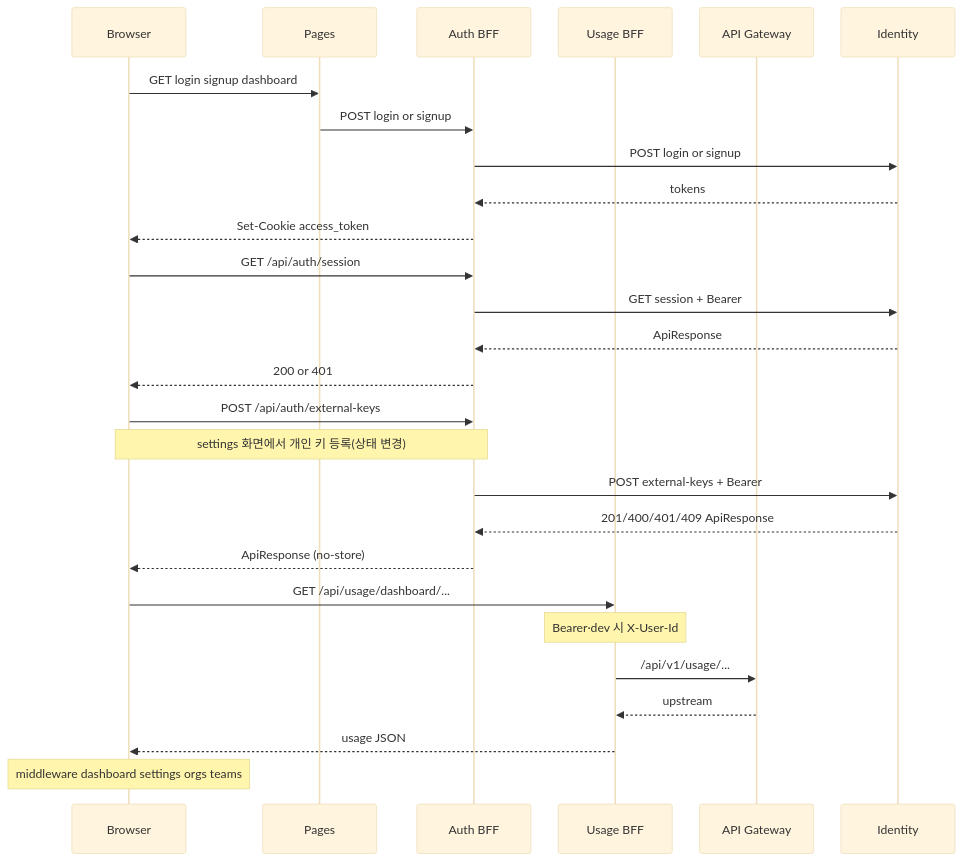
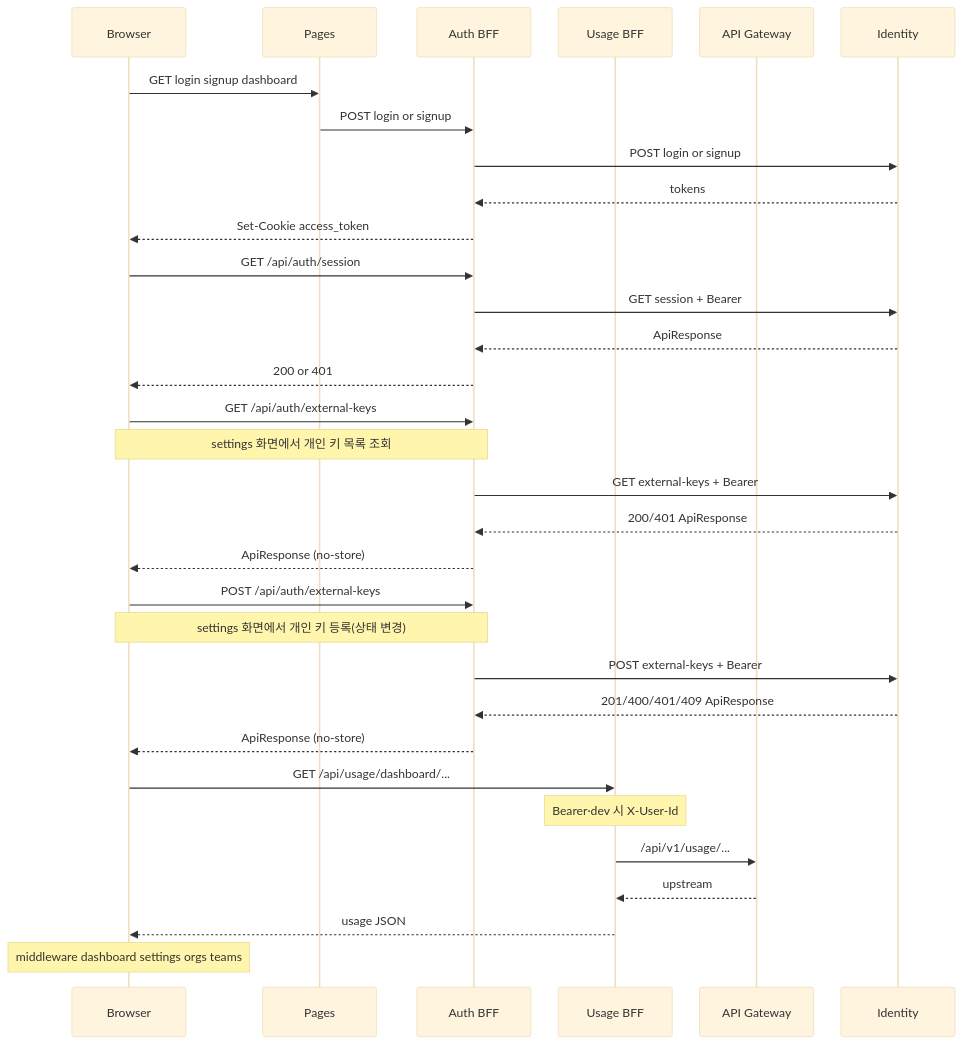
Before and after one commit to Zero-Bug-Freinds/ai-api-usage-monitor: the ninth of 11 diagrams in docs/c4-architecture-diagrams.md, drawn with Mermaid (base theme). The commit also changed other lines of this file and 5 other files, not shown here.

````diff
--- a/docs/c4-architecture-diagrams.md
+++ b/docs/c4-architecture-diagrams.md
@@ -386,35 +386,41 @@
 ```mermaid
 %%{init: {'sequence': {'actorMargin': 36, 'messageMargin': 18}}}%%
 sequenceDiagram
   participant B as Browser
   participant P as Pages
   participant H as Auth BFF
   participant U as Usage BFF
   participant GW as API Gateway
   participant I as Identity
 
   B->>P: GET login signup dashboard
   P->>H: POST login or signup
   H->>I: POST login or signup
   I-->>H: tokens
   H-->>B: Set-Cookie access_token
 
   B->>H: GET /api/auth/session
   H->>I: GET session + Bearer
   I-->>H: ApiResponse
   H-->>B: 200 or 401
 
+  B->>H: GET /api/auth/external-keys
+  Note over B,H: settings 화면에서 개인 키 목록 조회
+  H->>I: GET external-keys + Bearer
+  I-->>H: 200/401 ApiResponse
+  H-->>B: ApiResponse (no-store)
+
   B->>H: POST /api/auth/external-keys
   Note over B,H: settings 화면에서 개인 키 등록(상태 변경)
   H->>I: POST external-keys + Bearer
   I-->>H: 201/400/401/409 ApiResponse
   H-->>B: ApiResponse (no-store)
 
   B->>U: GET /api/usage/dashboard/...
   Note over U: Bearer·dev 시 X-User-Id
   U->>GW: /api/v1/usage/...
   GW-->>U: upstream
   U-->>B: usage JSON
 
   Note over B: middleware dashboard settings orgs teams
 ```
````
